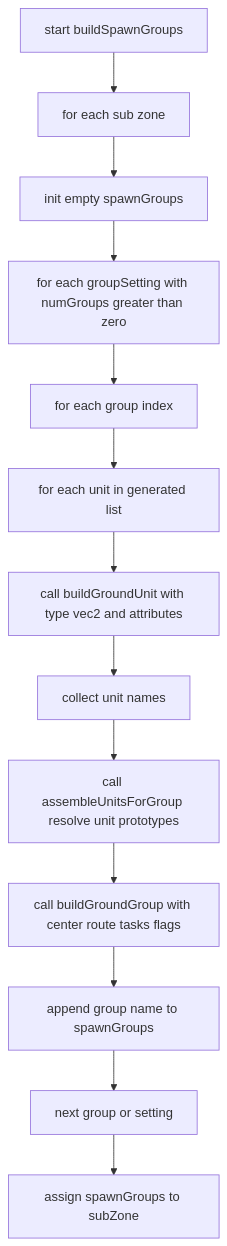
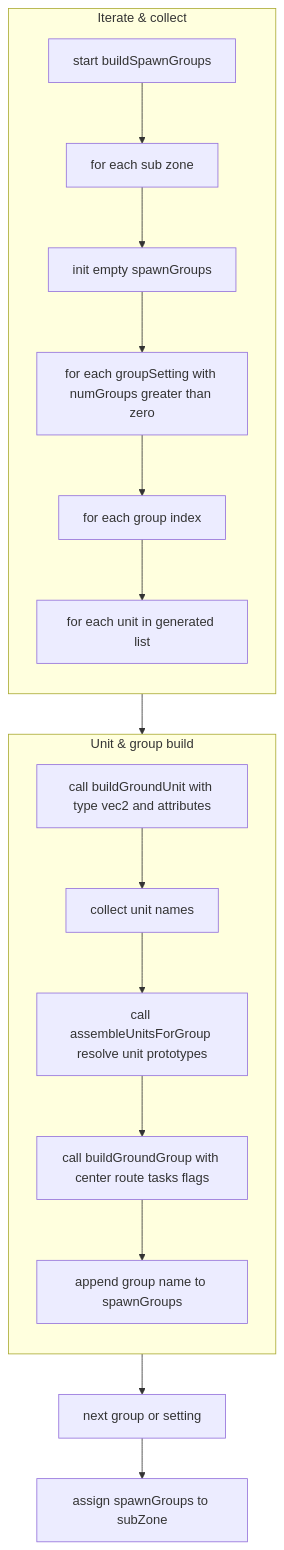
One commit to Gh0st352/AETHR changed the first of 7 diagrams in docs/spawner/spawn_despawn.md. Above: the diagram before and after it, drawn with Mermaid. The commit also changed other lines of this file and 9 other files, not shown here.

First line of the commit message:
docs(spawner, mermaid): restructure diagrams and clarify headings

````diff
--- a/docs/spawner/spawn_despawn.md
+++ b/docs/spawner/spawn_despawn.md
@@ -26,15 +26,27 @@
 ```mermaid
+%% shared theme: docs/_mermaid/theme.json %%
 flowchart TB
-  B0[start buildSpawnGroups] --> B1[for each sub zone]
-  B1 --> B2[init empty spawnGroups]
-  B2 --> B3[for each groupSetting with numGroups greater than zero]
-  B3 --> B4[for each group index]
-  B4 --> U0[for each unit in generated list]
-  U0 --> U1[call buildGroundUnit with type vec2 and attributes]
-  U1 --> U2[collect unit names]
-  U2 --> G0[call assembleUnitsForGroup resolve unit prototypes]
-  G0 --> G1[call buildGroundGroup with center route tasks flags]
-  G1 --> G2[append group name to spawnGroups]
+  subgraph "Iterate & collect"
+    direction TB
+    B0[start buildSpawnGroups] --> B1[for each sub zone]
+    B1 --> B2[init empty spawnGroups]
+    B2 --> B3[for each groupSetting with numGroups greater than zero]
+    B3 --> B4[for each group index]
+    B4 --> U0[for each unit in generated list]
+  end
+
+  subgraph "Unit & group build"
+    direction TB
+    U0 --> U1[call buildGroundUnit with type vec2 and attributes]
+    U1 --> U2[collect unit names]
+    U2 --> G0[call assembleUnitsForGroup resolve unit prototypes]
+    G0 --> G1[call buildGroundGroup with center route tasks flags]
+    G1 --> G2[append group name to spawnGroups]
+  end
+
   G2 --> NEXT[next group or setting]
   NEXT --> ASSIGN[assign spawnGroups to subZone]
+
+  class B0 class_io;
+  class B1,B2,B3,B4,U0,U1,U2,G0,G1,G2,NEXT,ASSIGN class_step;
 ```
````
